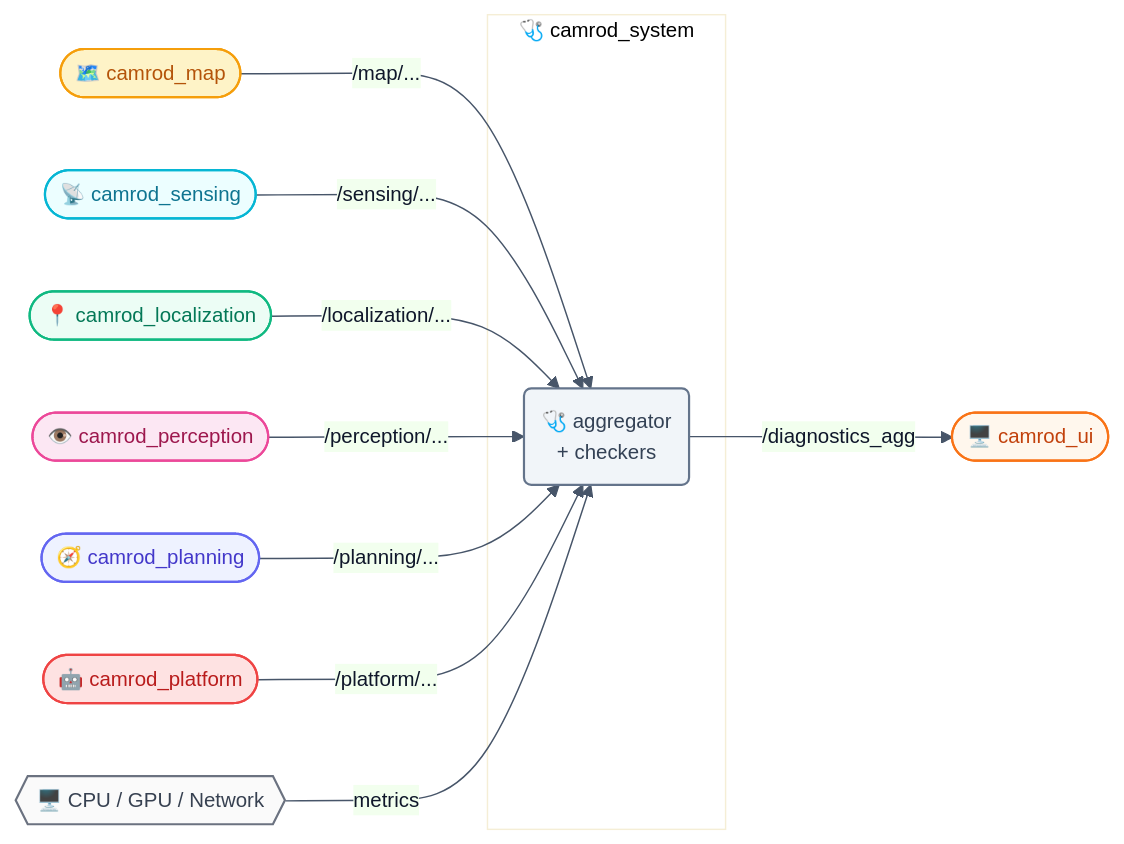
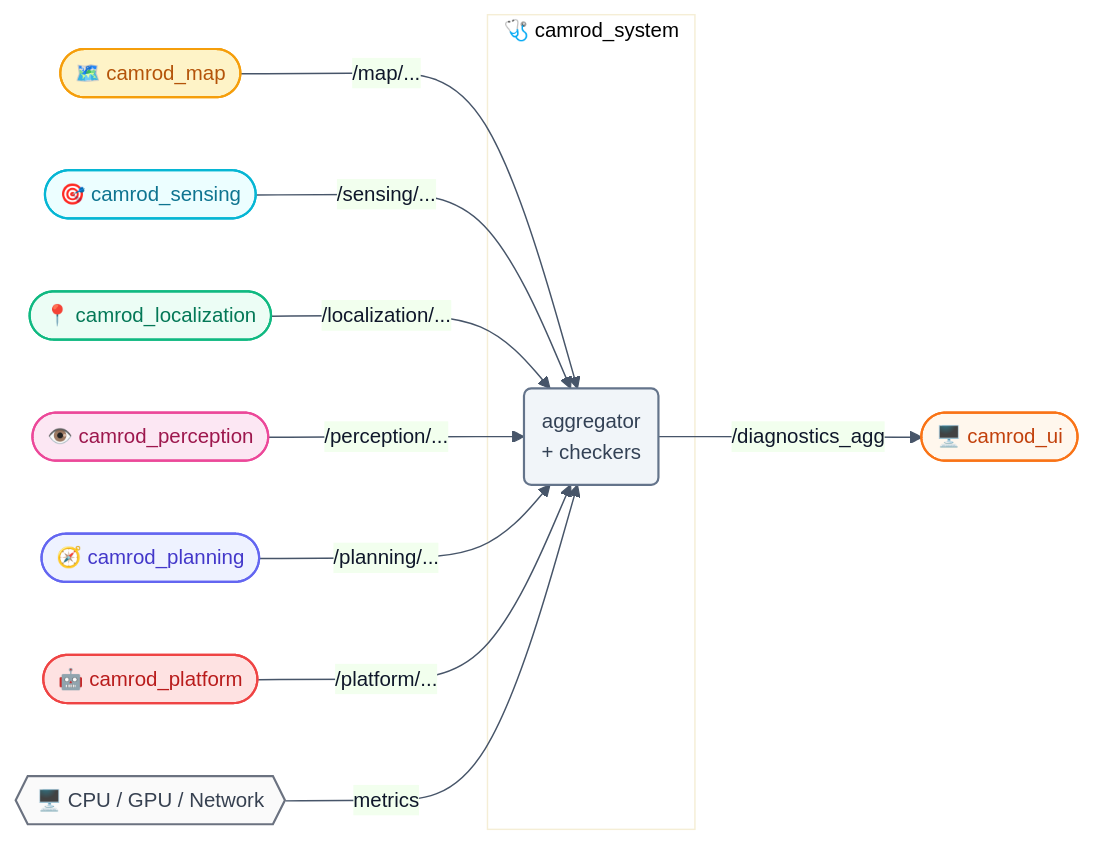
The first of 4 diagrams in camrod_system/README.md (hwanhonglee/CAMROD), drawn with Mermaid before and after one commit. The commit also changed other lines of this file and 11 other files, not shown here.

First line of the commit message:
docs: fix Mermaid syntax errors and reduce emoji overuse in all READMEs

````diff
--- a/camrod_system/README.md
+++ b/camrod_system/README.md
@@ -42,27 +42,27 @@
 ```mermaid
 %%{init: {'theme': 'base', 'themeVariables': {'fontFamily': 'ui-sans-serif, system-ui, sans-serif', 'fontSize': '14px', 'primaryColor': '#EEF2FF', 'primaryTextColor': '#0F172A', 'primaryBorderColor': '#6366F1', 'lineColor': '#475569'}, 'flowchart': {'curve': 'basis', 'htmlLabels': true, 'padding': 12}}}%%
 graph LR
   MAP([🗺️ camrod_map]):::mapping      -->|/map/...| SYS
-  SENS([📡 camrod_sensing]):::sensing  -->|/sensing/...| SYS
+  SENS([🎯 camrod_sensing]):::sensing  -->|/sensing/...| SYS
   LOC([📍 camrod_localization]):::localization -->|/localization/...| SYS
   PER([👁️ camrod_perception]):::perception -->|/perception/...| SYS
   PLAN([🧭 camrod_planning]):::planning -->|/planning/...| SYS
   PLAT([🤖 camrod_platform]):::platform -->|/platform/...| SYS
   HW{{🖥️ CPU / GPU / Network}}:::hardware -->|metrics| SYS
 
   subgraph SYS_BOX["🩺 camrod_system"]
-    SYS(🩺 aggregator\n+ checkers):::system
+    SYS(aggregator\n+ checkers):::system
   end
 
   SYS -->|/diagnostics_agg| UI([🖥️ camrod_ui]):::ui
 
   classDef sensing      fill:#ECFEFF,stroke:#06B6D4,stroke-width:1.5px,color:#0E7490;
   classDef localization fill:#ECFDF5,stroke:#10B981,stroke-width:1.5px,color:#047857;
   classDef mapping      fill:#FEF3C7,stroke:#F59E0B,stroke-width:1.5px,color:#B45309;
   classDef perception   fill:#FCE7F3,stroke:#EC4899,stroke-width:1.5px,color:#9D174D;
   classDef planning     fill:#EEF2FF,stroke:#6366F1,stroke-width:1.5px,color:#4338CA;
   classDef platform     fill:#FEE2E2,stroke:#EF4444,stroke-width:1.5px,color:#B91C1C;
   classDef system       fill:#F1F5F9,stroke:#64748B,stroke-width:1.5px,color:#334155;
   classDef ui           fill:#FFF7ED,stroke:#F97316,stroke-width:1.5px,color:#C2410C;
   classDef hardware     fill:#FAFAFA,stroke:#6B7280,stroke-width:1.5px,color:#374151;
 ```
````
